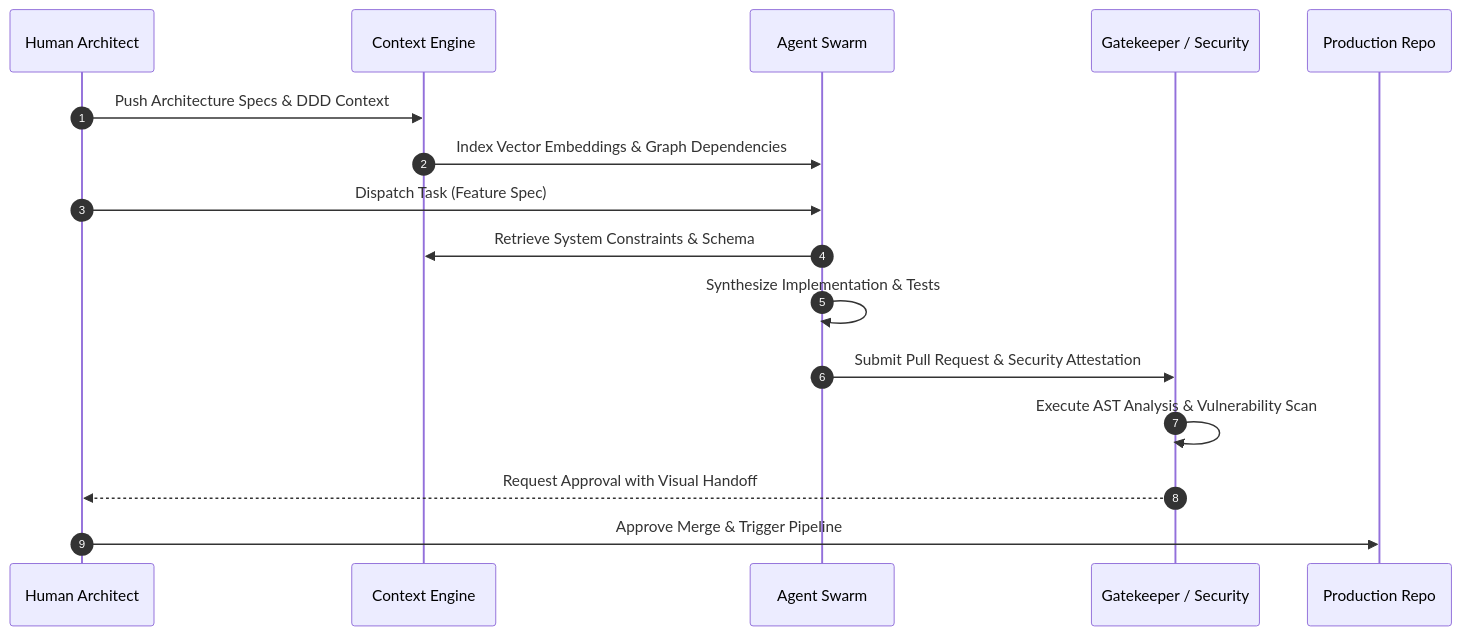
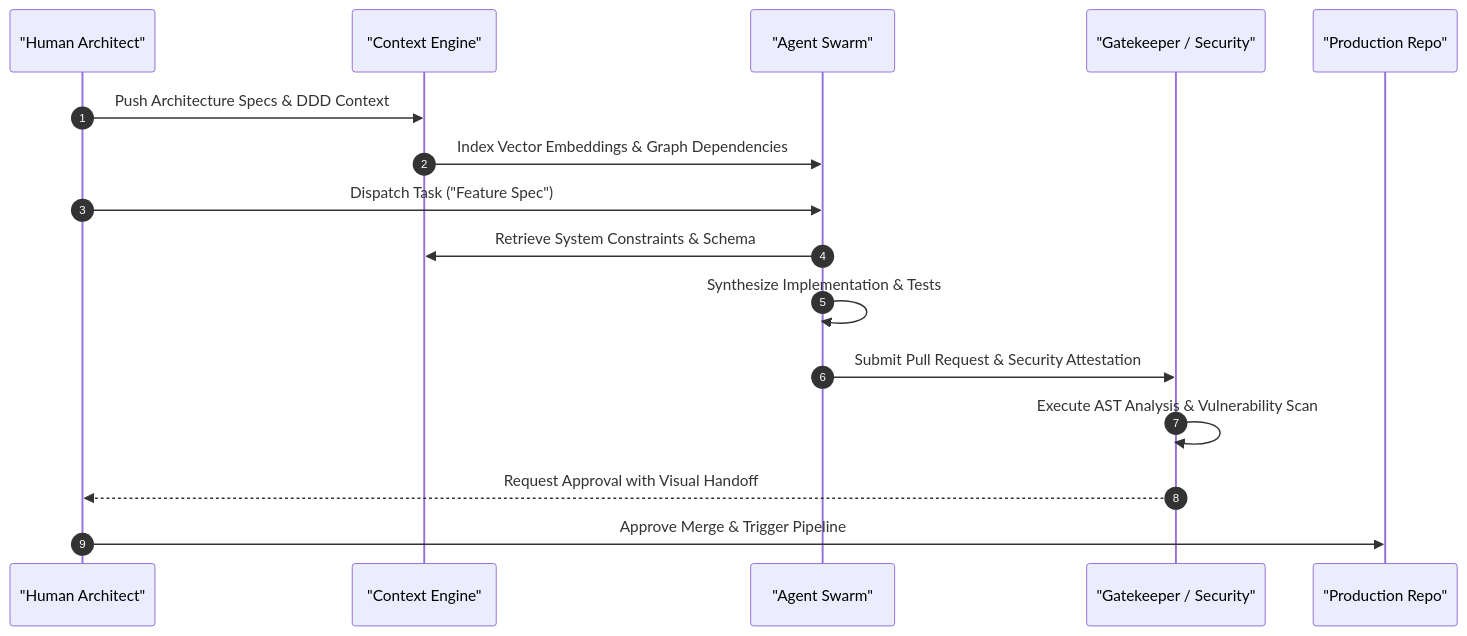
The second of 4 diagrams in content/series/ai-driven-playbook/executive-summary.md (vesviet/vesviet), drawn with Mermaid before and after one commit. The commit also changed other lines of this file and 331 other files, not shown here.

````diff
--- a/content/series/ai-driven-playbook/executive-summary.md
+++ b/content/series/ai-driven-playbook/executive-summary.md
@@ -56,19 +58,19 @@
 ```mermaid
 sequenceDiagram
     autonumber
-    participant H as Human Architect
-    participant C as Context Engine
-    participant A as Agent Swarm
-    participant G as Gatekeeper / Security
-    participant R as Production Repo
+    participant H as "Human Architect"
+    participant C as "Context Engine"
+    participant A as "Agent Swarm"
+    participant G as "Gatekeeper / Security"
+    participant R as "Production Repo"
 
     H->>C: Push Architecture Specs & DDD Context
     C->>A: Index Vector Embeddings & Graph Dependencies
-    H->>A: Dispatch Task (Feature Spec)
+    H->>A: Dispatch Task ("Feature Spec")
     A->>C: Retrieve System Constraints & Schema
     A->>A: Synthesize Implementation & Tests
     A->>G: Submit Pull Request & Security Attestation
     G->>G: Execute AST Analysis & Vulnerability Scan
     G-->>H: Request Approval with Visual Handoff
     H->>R: Approve Merge & Trigger Pipeline
 ```
````
